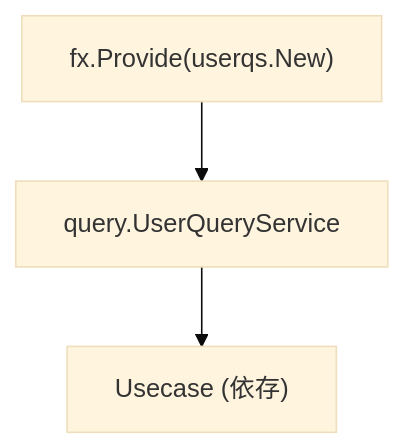
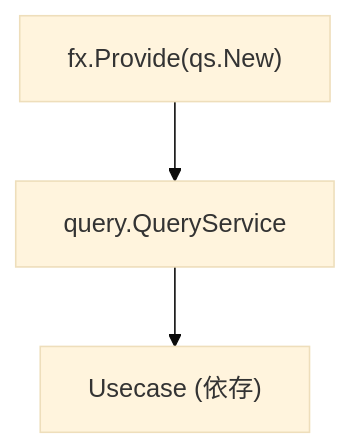
Before and after one commit to Tomy-ch/go-boilerplate: the sixth of 6 diagrams in internal/infrastructure/rdb/query_service/README.ja.md, drawn with Mermaid (base theme). The commit also changed other lines of this file and 114 other files, not shown here.

````diff
--- a/internal/infrastructure/rdb/query_service/README.ja.md
+++ b/internal/infrastructure/rdb/query_service/README.ja.md
@@ -355,8 +358,8 @@
 ```mermaid
 flowchart TB
-    Provide["fx.Provide(userqs.New)"]
-    IF["query.UserQueryService"]
+    Provide["fx.Provide(<aggregate>qs.New)"]
+    IF["query.<Aggregate>QueryService"]
     Usecase["Usecase (依存)"]
 
     Provide --> IF --> Usecase
 ```
````
